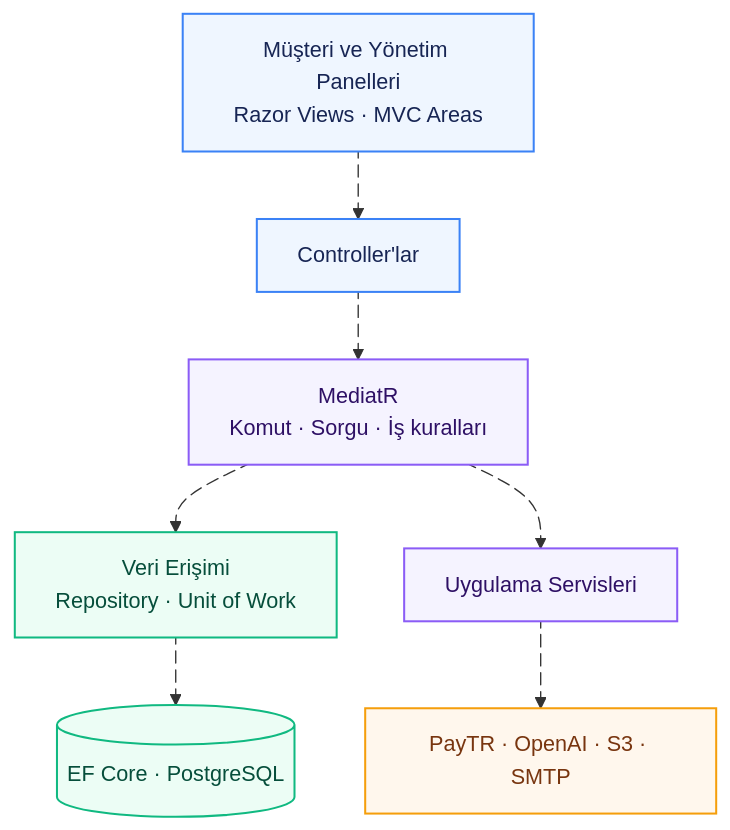
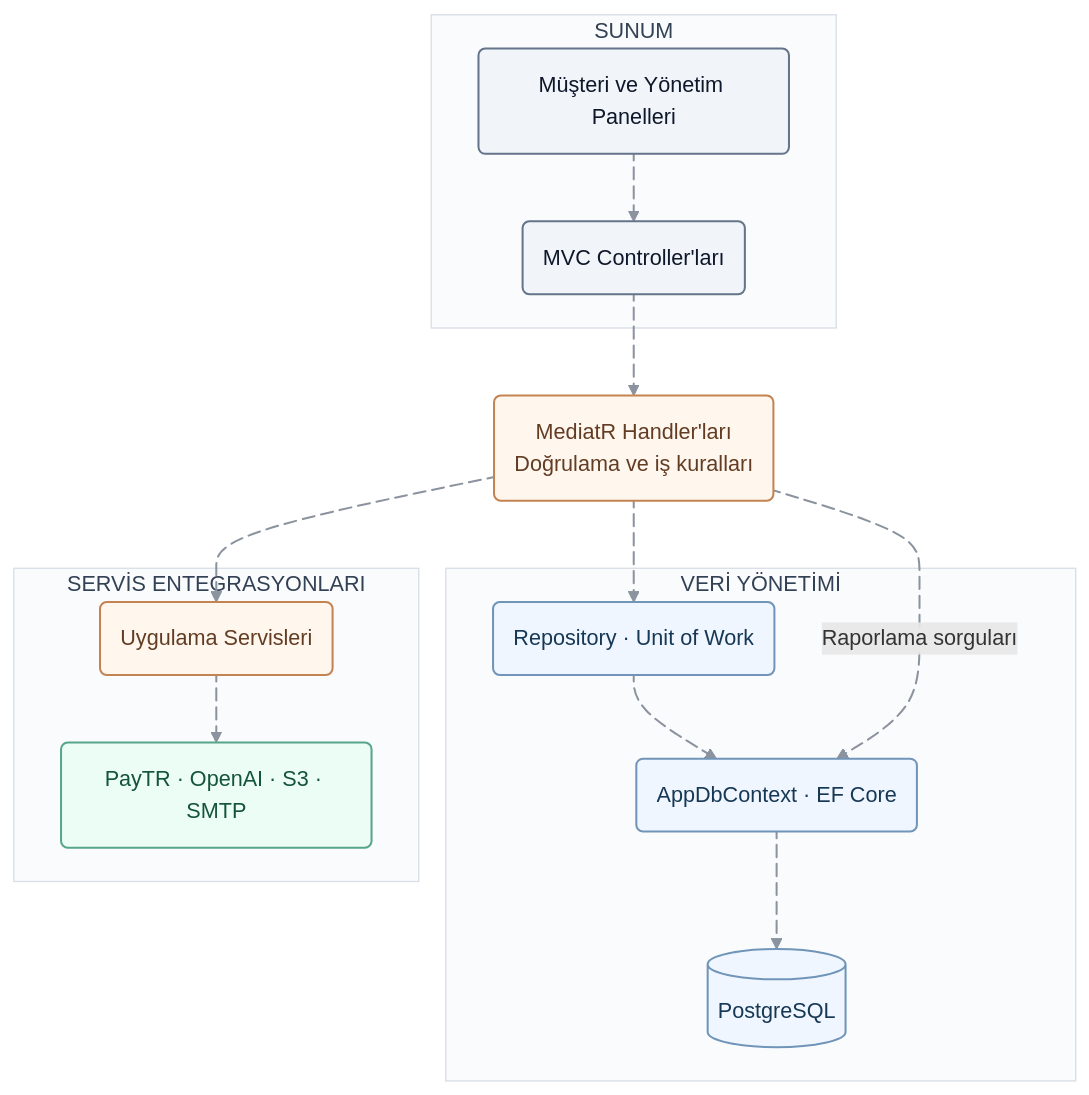
The first of 3 diagrams in README.md (burakhanulusoy/MyAcademy_Bagery), drawn with Mermaid before and after one commit. The commit also changed other lines of this file, not shown here.

````diff
--- a/README.md
+++ b/README.md
@@ -204,33 +216,49 @@
 ```mermaid
 flowchart TB
-    UI["Müşteri ve Yönetim Panelleri<br/>Razor Views · MVC Areas"]
-    MVC["Controller'lar"]
-    HANDLER["MediatR<br/>Komut · Sorgu · İş kuralları"]
-    REPO["Veri Erişimi<br/>Repository · Unit of Work"]
-    DB[("EF Core · PostgreSQL")]
-    SERVICE["Uygulama Servisleri"]
-    EXTERNAL["PayTR · OpenAI · S3 · SMTP"]
-    UI a1@--> MVC
+    subgraph PRESENTATION["SUNUM"]
+        UI("Müşteri ve Yönetim Panelleri")
+        MVC("MVC Controller'ları")
+        UI a1@--> MVC
+    end
+    HANDLER("MediatR Handler'ları<br/>Doğrulama ve iş kuralları")
+    subgraph PERSISTENCE["VERİ YÖNETİMİ"]
+        REPO("Repository · Unit of Work")
+        EF("AppDbContext · EF Core")
+        DB[("PostgreSQL")]
+        REPO a4@--> EF
+        EF a5@--> DB
+    end
+    subgraph INTEGRATIONS["SERVİS ENTEGRASYONLARI"]
+        SERVICE("Uygulama Servisleri")
+        EXTERNAL("PayTR · OpenAI · S3 · SMTP")
+        SERVICE a7@--> EXTERNAL
+    end
     MVC a2@--> HANDLER
     HANDLER a3@--> REPO
-    REPO a4@--> DB
-    HANDLER a5@--> SERVICE
-    SERVICE a6@--> EXTERNAL
+    HANDLER a6@--> SERVICE
+    HANDLER a8@-.->|"Raporlama sorguları"| EF
     class UI,MVC entry;
-    class HANDLER,SERVICE process;
-    class REPO,DB success;
-    class EXTERNAL decision;
+    class HANDLER,SERVICE action;
+    class REPO,EF,DB data;
+    class EXTERNAL success;
+    style PRESENTATION fill:#FAFBFC,stroke:#D8DFE7,color:#334155
+    style PERSISTENCE fill:#FAFBFC,stroke:#D8DFE7,color:#334155
+    style INTEGRATIONS fill:#FAFBFC,stroke:#D8DFE7,color:#334155
 
-    classDef entry fill:#EFF6FF,stroke:#3B82F6,color:#172554,stroke-width:1.5px;
-    classDef process fill:#F5F3FF,stroke:#8B5CF6,color:#2E1065,stroke-width:1.5px;
-    classDef success fill:#ECFDF5,stroke:#10B981,color:#064E3B,stroke-width:1.5px;
-    classDef decision fill:#FFF7ED,stroke:#F59E0B,color:#78350F,stroke-width:1.5px;
-    classDef failure fill:#FFF1F2,stroke:#F43F5E,color:#881337,stroke-width:1.5px;
+    classDef entry fill:#F1F5F9,stroke:#64748B,color:#0F172A,stroke-width:1.5px;
+    classDef action fill:#FFF7ED,stroke:#C48451,color:#633C24,stroke-width:1.5px;
+    classDef data fill:#EFF6FF,stroke:#7095B8,color:#173854,stroke-width:1.5px;
+    classDef decision fill:#FEF3C7,stroke:#C79A35,color:#713F12,stroke-width:1.5px;
+    classDef success fill:#ECFDF5,stroke:#57A68A,color:#14533E,stroke-width:1.5px;
+    classDef failure fill:#FFF1F2,stroke:#CD7E89,color:#831843,stroke-width:1.5px;
+    linkStyle default stroke:#8B939F,stroke-width:1.5px;
 
     a1@{ animation: slow }
     a2@{ animation: slow }
     a3@{ animation: slow }
     a4@{ animation: slow }
     a5@{ animation: slow }
     a6@{ animation: slow }
+    a7@{ animation: slow }
+    a8@{ animation: slow }
 ```
````
